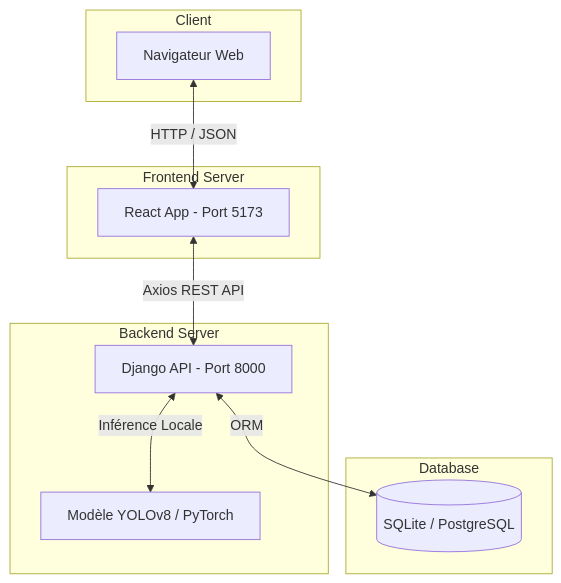
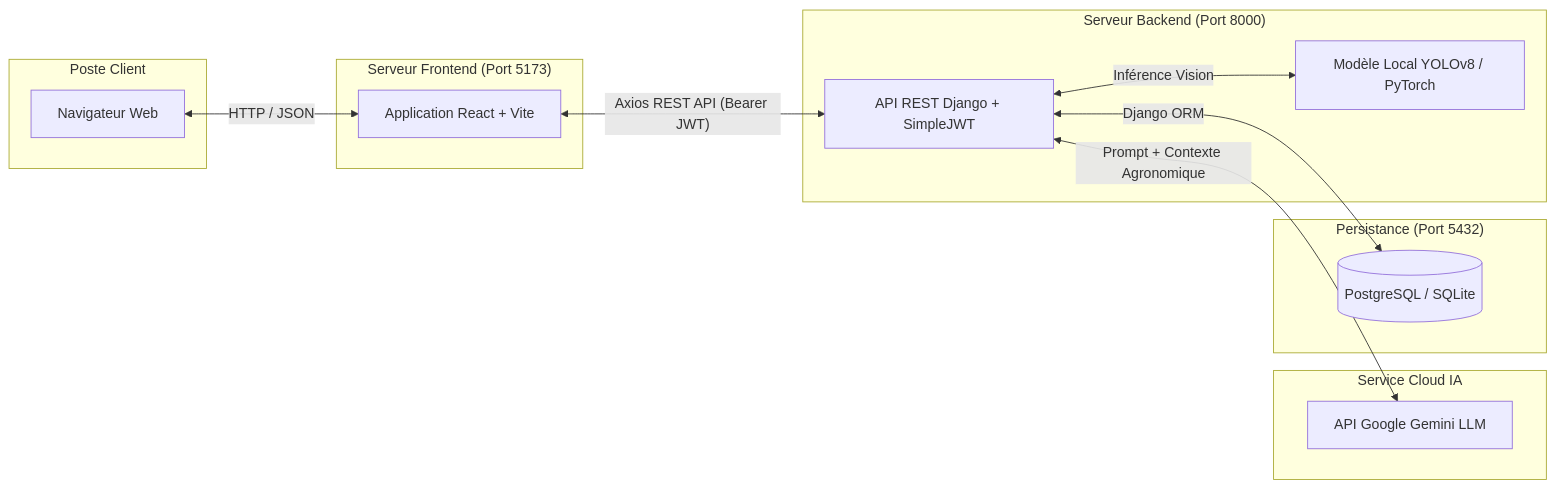
One commit to MessaiSaif/AgriVision changed the fourth of 4 diagrams in Documentation_UML_AgriVision.md. Above: the diagram before and after it, drawn with Mermaid. The commit also changed other lines of this file and 13 other files, not shown here.

````diff
--- a/Documentation_UML_AgriVision.md
+++ b/Documentation_UML_AgriVision.md
@@ -136,24 +199,29 @@
 ```mermaid
-graph TD
-    subgraph Client
-        Browser[Navigateur Web]
+flowchart LR
+    subgraph Client["Poste Client"]
+        Browser["Navigateur Web"]
     end
-    
-    subgraph Frontend Server
-        React[React App - Port 5173]
+
+    subgraph Frontend["Serveur Frontend (Port 5173)"]
+        React["Application React + Vite"]
     end
-    
-    subgraph Backend Server
-        Django[Django API - Port 8000]
-        YOLO[Modèle YOLOv8 / PyTorch]
+
+    subgraph Backend["Serveur Backend (Port 8000)"]
+        Django["API REST Django + SimpleJWT"]
+        YOLO["Modèle Local YOLOv8 / PyTorch"]
     end
-    
-    subgraph Database
-        DB[(SQLite / PostgreSQL)]
+
+    subgraph ExternalAI["Service Cloud IA"]
+        Gemini["API Google Gemini LLM"]
     end
-    
-    Browser <-->|HTTP / JSON| React
-    React <-->|Axios REST API| Django
-    Django <-->|Inférence Locale| YOLO
-    Django <-->|ORM| DB
+
+    subgraph Database["Persistance (Port 5432)"]
+        PG[("PostgreSQL / SQLite")]
+    end
+
+    Browser <-->|"HTTP / JSON"| React
+    React <-->|"Axios REST API (Bearer JWT)"| Django
+    Django <-->|"Inférence Vision"| YOLO
+    Django <-->|"Prompt + Contexte Agronomique"| Gemini
+    Django <-->|"Django ORM"| PG
 ```
````
